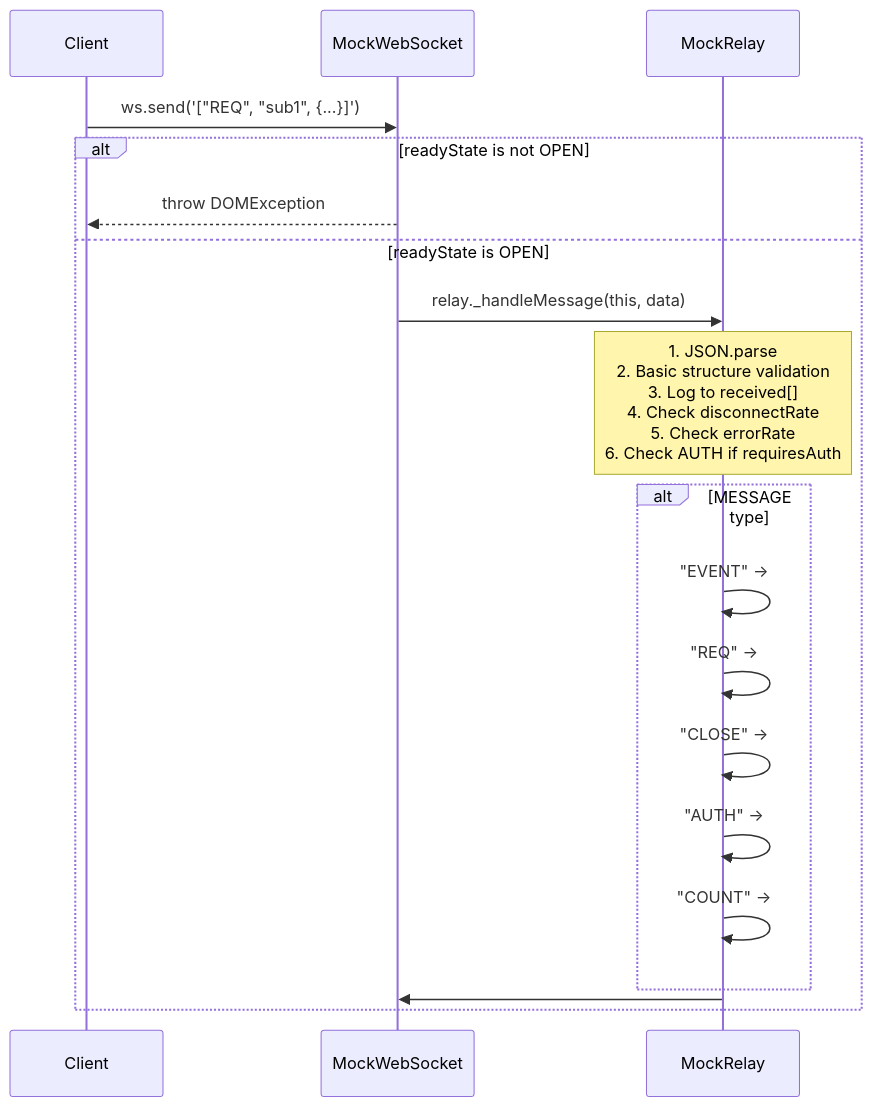
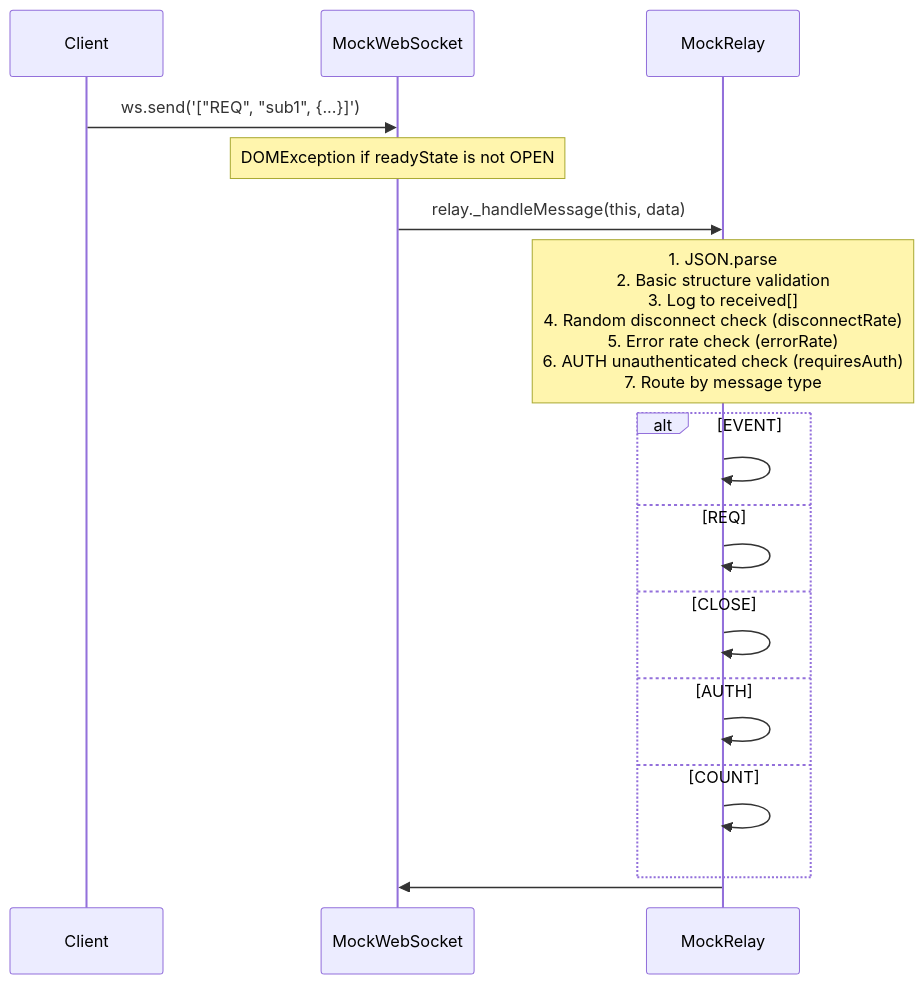
Before and after one commit to ikuradon/tsunagiya: the fifth of 15 diagrams in docs/en/reference/architecture.md, drawn with Mermaid. The commit also changed other lines of this file and 12 other files, not shown here.

First line of the commit message:
fix: architecture.md の日英齟齬を解消し未使用ファイルを削除

````diff
--- a/docs/en/reference/architecture.md
+++ b/docs/en/reference/architecture.md
@@ -222,23 +217,26 @@
 ```mermaid
 sequenceDiagram
     participant C as Client
     participant MWS as MockWebSocket
     participant MR as MockRelay
 
     C->>MWS: ws.send('["REQ", "sub1", {...}]')
+    Note over MWS: DOMException if readyState is not OPEN
+    MWS->>MR: relay._handleMessage(this, data)
 
-    alt readyState is not OPEN
-        MWS-->>C: throw DOMException
-    else readyState is OPEN
-        MWS->>MR: relay._handleMessage(this, data)
-        Note over MR: 1. JSON.parse<br>2. Basic structure validation<br>3. Log to received[]<br>4. Check disconnectRate<br>5. Check errorRate<br>6. Check AUTH if requiresAuth
-        alt MESSAGE type
-            MR->>MR: "EVENT" → #handleEvent()
-            MR->>MR: "REQ" → #handleReq()
-            MR->>MR: "CLOSE" → #handleClose()
-            MR->>MR: "AUTH" → #handleAuth()
-            MR->>MR: "COUNT" → #handleCount()
-        end
-        MR->>MWS: #sendWithLatency(ws, response)
+    Note over MR: 1. JSON.parse<br>2. Basic structure validation<br>3. Log to received[]<br>4. Random disconnect check (disconnectRate)<br>5. Error rate check (errorRate)<br>6. AUTH unauthenticated check (requiresAuth)<br>7. Route by message type
+
+    alt EVENT
+        MR->>MR: #handleEvent()
+    else REQ
+        MR->>MR: #handleReq()
+    else CLOSE
+        MR->>MR: #handleClose()
+    else AUTH
+        MR->>MR: #handleAuth()
+    else COUNT
+        MR->>MR: #handleCount()
     end
+
+    MR->>MWS: #sendWithLatency(ws, response)
 ```
````
